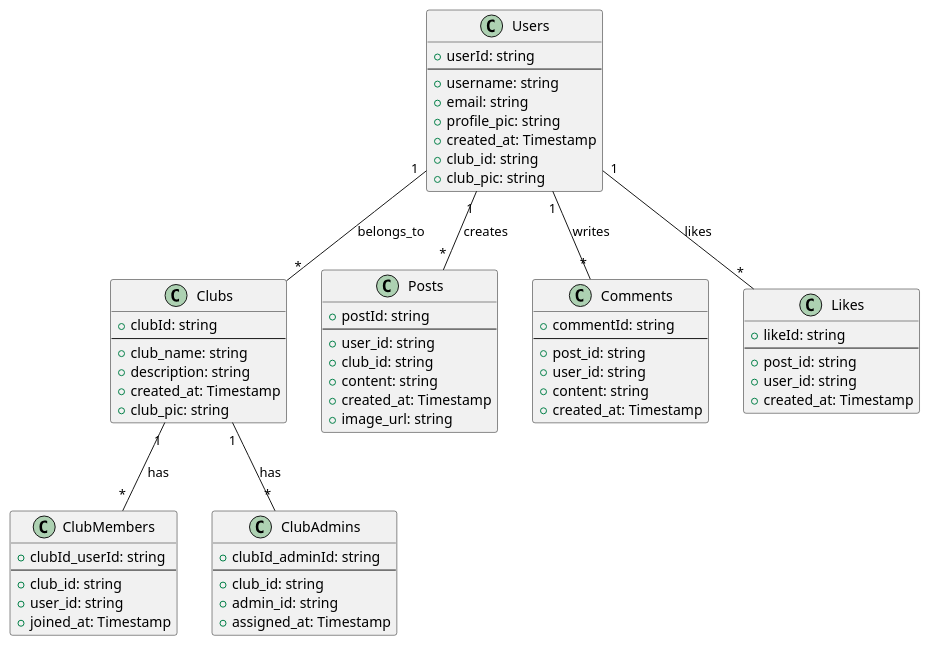
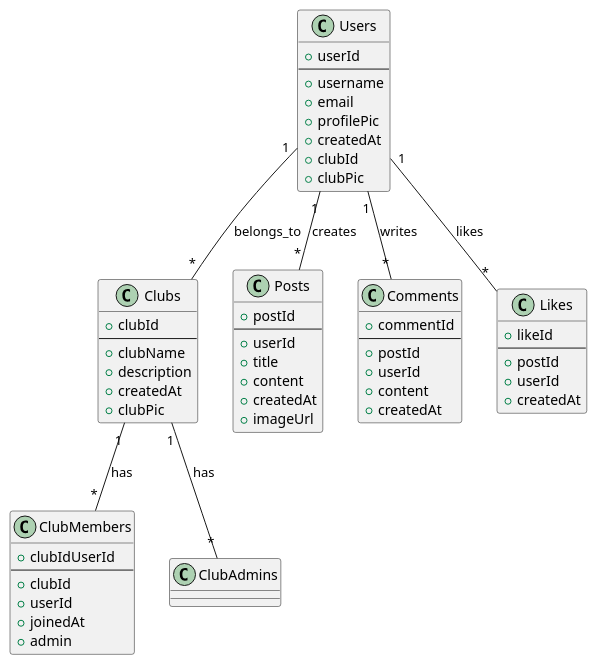
The diagram in lib/database.puml (hwangtaewook/view_finder), drawn with PlantUML before and after one commit.

Commit message:
Refactor : uml 수정

```diff
--- a/lib/database.puml
+++ b/lib/database.puml
@@ -1,73 +1,68 @@
 @startuml Firestore_Structure
 
 class Users {
-    + userId: string
+    + userId
     --
-    + username: string
-    + email: string
-    + profile_pic: string
-    + created_at: Timestamp
-    + club_id: string
-    + club_pic: string
+    + username
+    + email
+    + profilePic
+    + createdAt
+    + clubId
+    + clubPic
 }
 
 class Clubs {
-    + clubId: string
+    + clubId
     --
-    + club_name: string
-    + description: string
-    + created_at: Timestamp
-    + club_pic: string
+    + clubName
+    + description
+    + createdAt
+    + clubPic
 }
 
 class ClubMembers {
-    + clubId_userId: string
+    + clubIdUserId
     --
-    + club_id: string
-    + user_id: string
-    + joined_at: Timestamp
+    + clubId
+    + userId
+    + joinedAt
+    + admin
 }
 
-class ClubAdmins {
-    + clubId_adminId: string
-    --
-    + club_id: string
-    + admin_id: string
-    + assigned_at: Timestamp
-}
+
 
 class Posts {
-    + postId: string
+    + postId
     --
-    + user_id: string
-    + club_id: string
-    + content: string
-    + created_at: Timestamp
-    + image_url: string
+    + userId
+    + title
+    + content
+    + createdAt
+    + imageUrl
 }
 
 class Comments {
-    + commentId: string
+    + commentId
     --
-    + post_id: string
-    + user_id: string
-    + content: string
-    + created_at: Timestamp
+    + postId
+    + userId
+    + content
+    + createdAt
 }
 
 class Likes {
-    + likeId: string
+    + likeId
     --
-    + post_id: string
-    + user_id: string
-    + created_at: Timestamp
+    + postId
+    + userId
+    + createdAt
 }
 
 Users "1" -- "*" Clubs : "belongs_to"
 Clubs "1" -- "*" ClubMembers : "has"
 Clubs "1" -- "*" ClubAdmins : "has"
 Users "1" -- "*" Posts : "creates"
 Users "1" -- "*" Comments : "writes"
 Users "1" -- "*" Likes : "likes"
 
 @enduml
```
